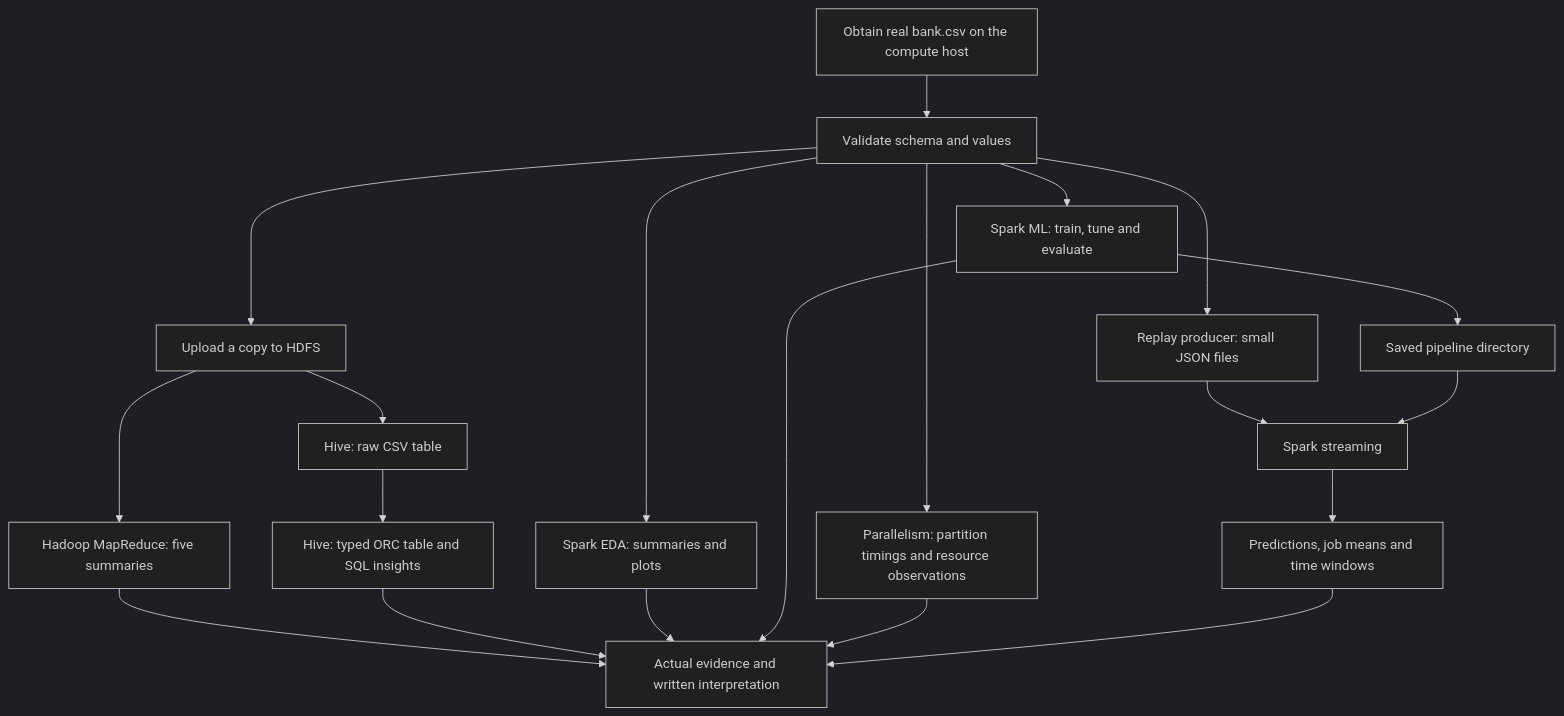
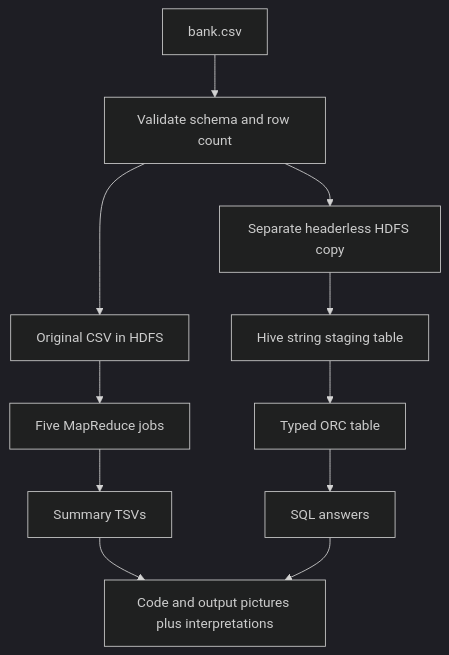
Before and after one commit to saiabhiram-simhadri/financial-forecasting-distributed-ml: the diagram in docs/PROJECT_OVERVIEW.md, drawn with Mermaid (dark theme). The commit also changed other lines of this file and 46 other files, not shown here.

````diff
--- a/docs/PROJECT_OVERVIEW.md
+++ b/docs/PROJECT_OVERVIEW.md
@@ -48,22 +15,13 @@
 ```mermaid
 flowchart TD
-    A[Obtain real bank.csv on the compute host] --> B[Validate schema and values]
-    B --> C[Upload a copy to HDFS]
-    C --> D[Hadoop MapReduce: five summaries]
-    C --> E[Hive: raw CSV table]
-    E --> F[Hive: typed ORC table and SQL insights]
-    B --> G[Spark EDA: summaries and plots]
-    B --> H[Spark ML: train, tune and evaluate]
-    H --> I[Saved pipeline directory]
-    B --> J[Parallelism: partition timings and resource observations]
-    B --> K[Replay producer: small JSON files]
-    K --> L[Spark streaming]
-    I --> L
-    L --> M[Predictions, job means and time windows]
-    D --> N[Actual evidence and written interpretation]
-    F --> N
-    G --> N
-    H --> N
-    J --> N
-    M --> N
+    CSV[bank.csv] --> Check[Validate schema and row count]
+    Check --> Raw[Original CSV in HDFS]
+    Raw --> MR[Five MapReduce jobs]
+    MR --> TSV[Summary TSVs]
+    Check --> Headerless[Separate headerless HDFS copy]
+    Headerless --> Stage[Hive string staging table]
+    Stage --> ORC[Typed ORC table]
+    ORC --> SQL[SQL answers]
+    TSV --> Evidence[Code and output pictures plus interpretations]
+    SQL --> Evidence
 ```
````
